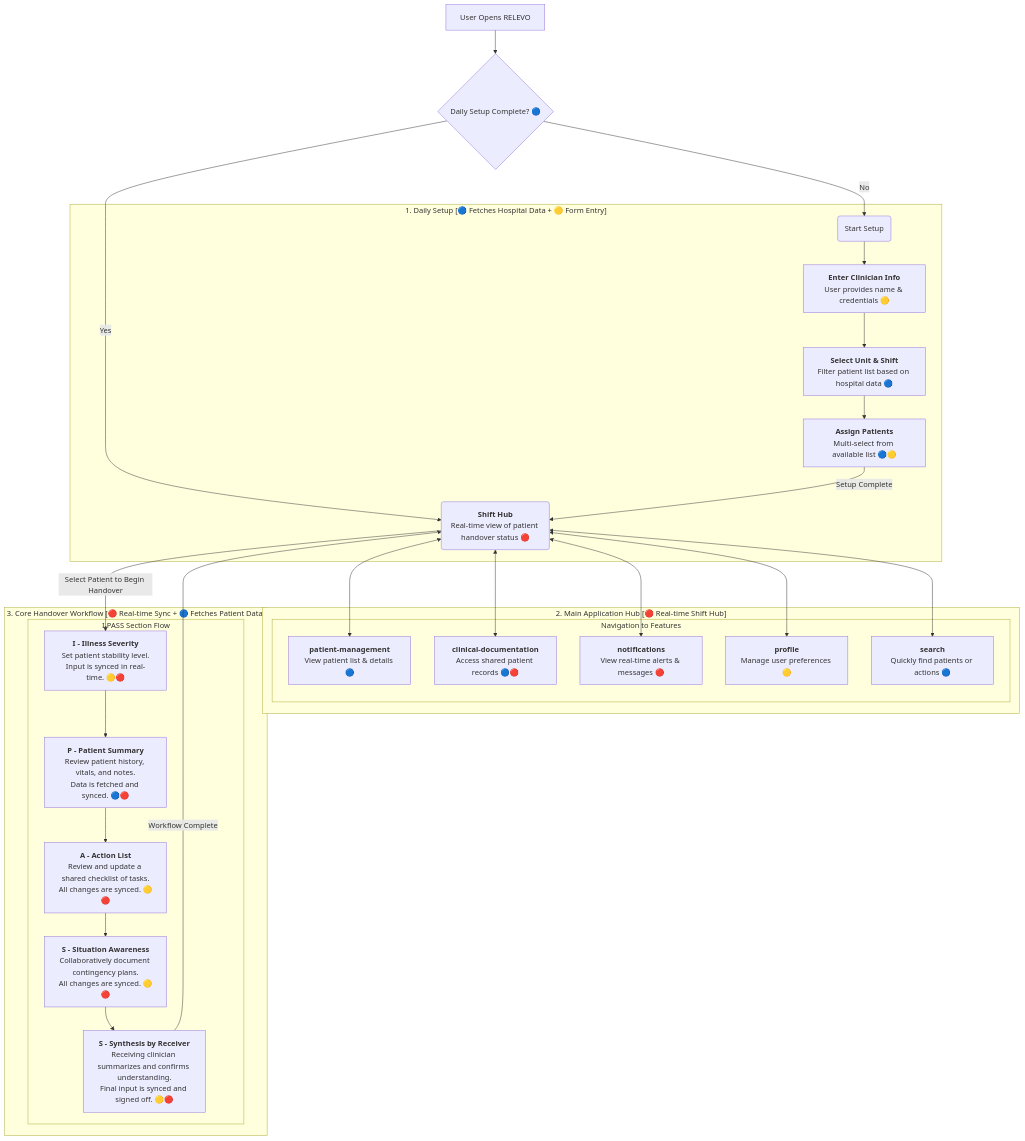
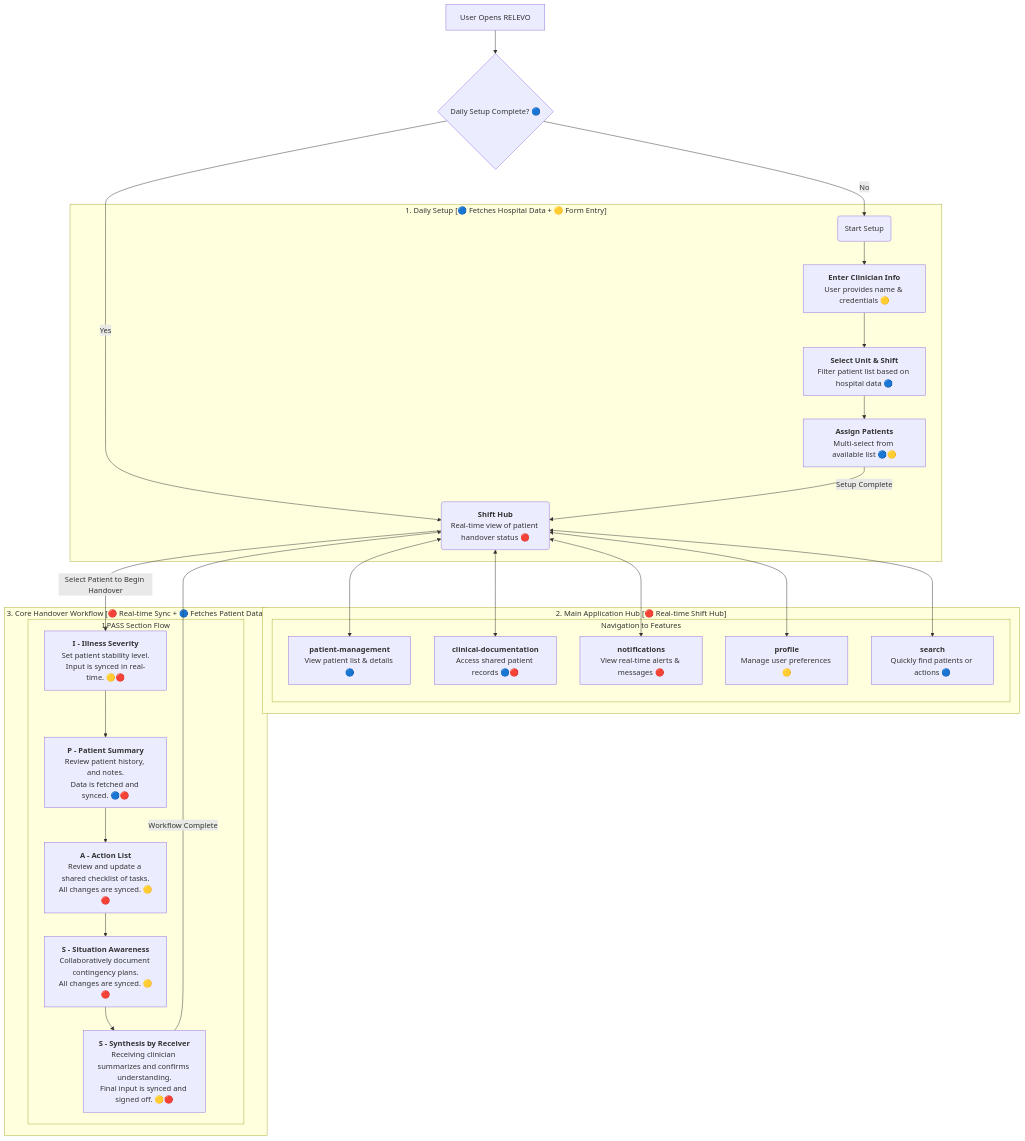
Before and after one commit to LuisCusihuaman/relevo-static-poc: the diagram in docs/features/01-entry-flow.md, drawn with Mermaid. The commit also changed other lines of this file and 1 other file, not shown here.

Commit message:
Refine patient summary descriptions in I-PASS documentation. Removed reference to vitals in the Patient Summary section for clarity and consistency across related documents.

````diff
--- a/docs/features/01-entry-flow.md
+++ b/docs/features/01-entry-flow.md
@@ -11,40 +11,40 @@
 ```mermaid
 graph TD
     A[User Opens RELEVO] --> B{Daily Setup Complete? 🔵}
     
     B -- No --> C
     B -- Yes --> D
 
     subgraph "1. Daily Setup [🔵 Fetches Hospital Data + 🟡 Form Entry]"
         C(Start Setup) --> C1["<b>Enter Clinician Info</b><br/>User provides name & credentials 🟡"]
         C1 --> C2["<b>Select Unit & Shift</b><br/>Filter patient list based on hospital data 🔵"]
         C2 --> C3["<b>Assign Patients</b><br/>Multi-select from available list 🔵🟡"]
         C3 -- Setup Complete --> D
     end
     
     subgraph "2. Main Application Hub [🔴 Real-time Shift Hub]"
         D("<b>Shift Hub</b><br/>Real-time view of patient handover status 🔴")
         subgraph "Navigation to Features"
           D <--> E["<b>patient-management</b><br/>View patient list & details 🔵"]
           D <--> F["<b>clinical-documentation</b><br/>Access shared patient records 🔵🔴"]
           D <--> G["<b>notifications</b><br/>View real-time alerts & messages 🔴"]
           D <--> H["<b>profile</b><br/>Manage user preferences 🟡"]
           D <--> I["<b>search</b><br/>Quickly find patients or actions 🔵"]
         end
     end
     
     subgraph "3. Core Handover Workflow [🔴 Real-time Sync + 🔵 Fetches Patient Data]"
       D -- "Select Patient to Begin Handover" --> J
       
       subgraph "I-PASS Section Flow"
         J["<b>I - Illness Severity</b><br/>Set patient stability level.<br/>Input is synced in real-time. 🟡🔴"]
-        K["<b>P - Patient Summary</b><br/>Review patient history, vitals, and notes.<br/>Data is fetched and synced. 🔵🔴"]
+        K["<b>P - Patient Summary</b><br/>Review patient history, and notes.<br/>Data is fetched and synced. 🔵🔴"]
         L["<b>A - Action List</b><br/>Review and update a shared checklist of tasks.<br/>All changes are synced. 🟡🔴"]
         M["<b>S - Situation Awareness</b><br/>Collaboratively document contingency plans.<br/>All changes are synced. 🟡🔴"]
         N["<b>S - Synthesis by Receiver</b><br/>Receiving clinician summarizes and confirms understanding.<br/>Final input is synced and signed off. 🟡🔴"]
 
         J --> K --> L --> M --> N
       end
       N -- "Workflow Complete" --> D
     end
 ```
````
